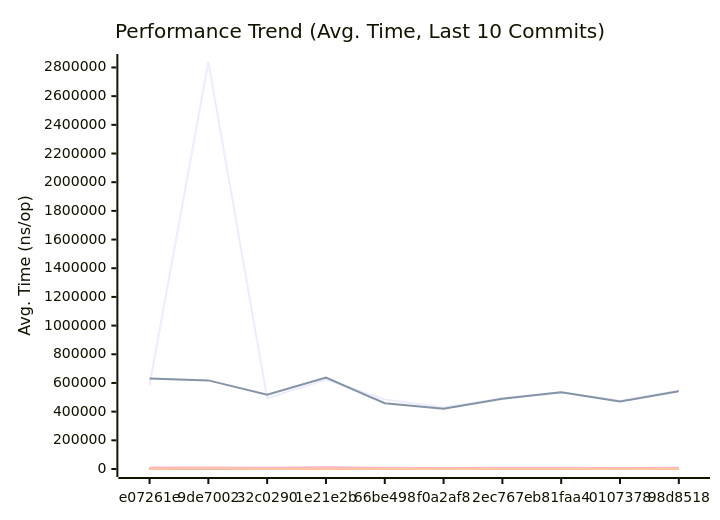
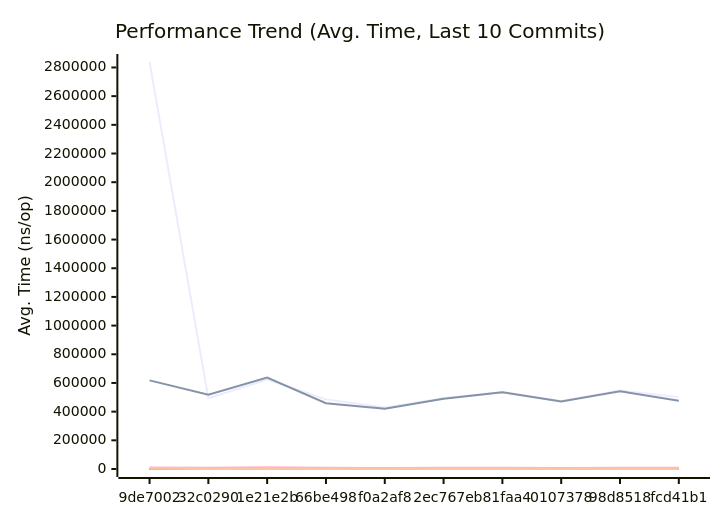
One commit to alsotoes/momo changed the first of 3 diagrams in docs/PERFORMANCE.md. Above: the diagram before and after it, drawn with Mermaid. The commit also changed other lines of this file and 2 other files, not shown here.

````diff
--- a/docs/PERFORMANCE.md
+++ b/docs/PERFORMANCE.md
@@ -145,20 +145,20 @@
 ```mermaid
 xychart-beta
     title "Performance Trend (Avg. Time, Last 10 Commits)"
     x-axis "Commit"
     y-axis "Avg. Time (ns/op)"
-    x-axis [e07261e,9de7002,32c0290,1e21e2b,66be498,f0a2af8,2ec767e,b81faa4,0107378,98d8518]
-    line "AWSChunkedReaderSigned" [584226,2838201,493329,623314,485586,428699,494161,536055,474487,547638]
-    line "AWSChunkedReaderUnsigned" [631654,617880,518620,637133,458443,420916,489488,535372,470934,542477]
-    line "CheckMetricsAndSwap" [9,16,10,13,9,8,8,11,8,9]
-    line "CrushOptimized" [439,381,353,419,355,342,351,359,357,366]
-    line "CrushOriginal" [664,686,549,628,459,465,587,501,444,519]
-    line "IndexDirectTracking" [0,1,0,1,0,0,0,0,0,0]
-    line "IndexSearch" [2,3,2,3,3,3,3,3,3,3]
-    line "LoadGlobalConfig" [10900,10925,8352,11680,7877,7811,8699,9154,7311,8381]
-    line "PadString" [64,66,53,64,43,49,49,50,41,54]
+    x-axis [9de7002,32c0290,1e21e2b,66be498,f0a2af8,2ec767e,b81faa4,0107378,98d8518,fcd41b1]
+    line "AWSChunkedReaderSigned" [2838201,493329,623314,485586,428699,494161,536055,474487,547638,501193]
+    line "AWSChunkedReaderUnsigned" [617880,518620,637133,458443,420916,489488,535372,470934,542477,475383]
+    line "CheckMetricsAndSwap" [16,10,13,9,8,8,11,8,9,8]
+    line "CrushOptimized" [381,353,419,355,342,351,359,357,366,378]
+    line "CrushOriginal" [686,549,628,459,465,587,501,444,519,462]
+    line "IndexDirectTracking" [1,0,1,0,0,0,0,0,0,0]
+    line "IndexSearch" [3,2,3,3,3,3,3,3,3,3]
+    line "LoadGlobalConfig" [10925,8352,11680,7877,7811,8699,9154,7311,8381,7902]
+    line "PadString" [66,53,64,43,49,49,50,41,54,44]
     line "ParseReplicationOrder_NoPrealloc" [350,349,357,354,345,225,229,165,232,234]
     line "ParseReplicationOrder_Prealloc" [229,231,237,234,229,108,107,80,110,109]
-    line "SanitizeLog/Safe" [496,673,440,585,444,426,532,520,440,468]
-    line "SanitizeLog/Unsafe" [826,1502,669,794,568,519,657,616,544,677]
+    line "SanitizeLog/Safe" [673,440,585,444,426,532,520,440,468,490]
+    line "SanitizeLog/Unsafe" [1502,669,794,568,519,657,616,544,677,581]
 ```
````
